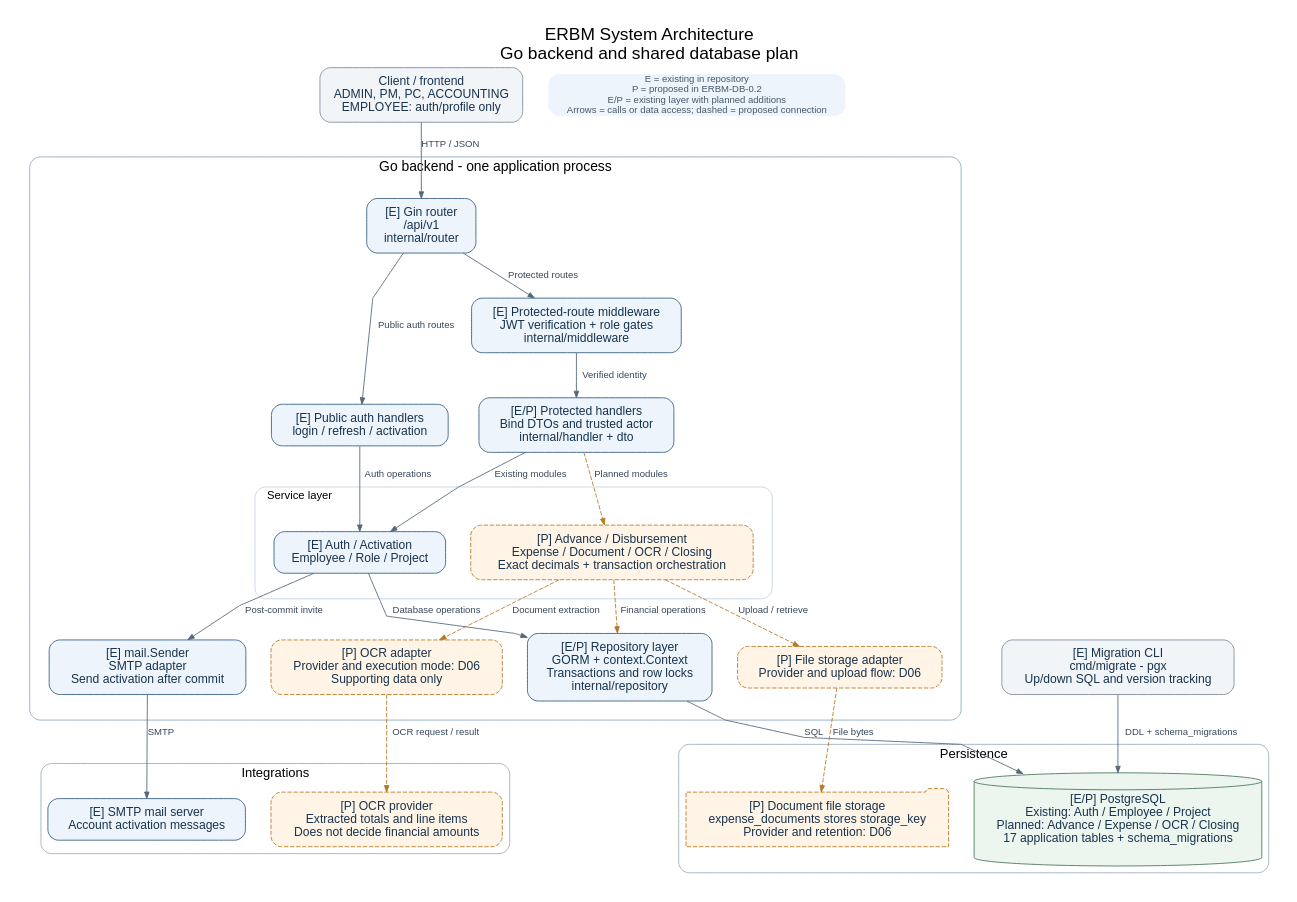
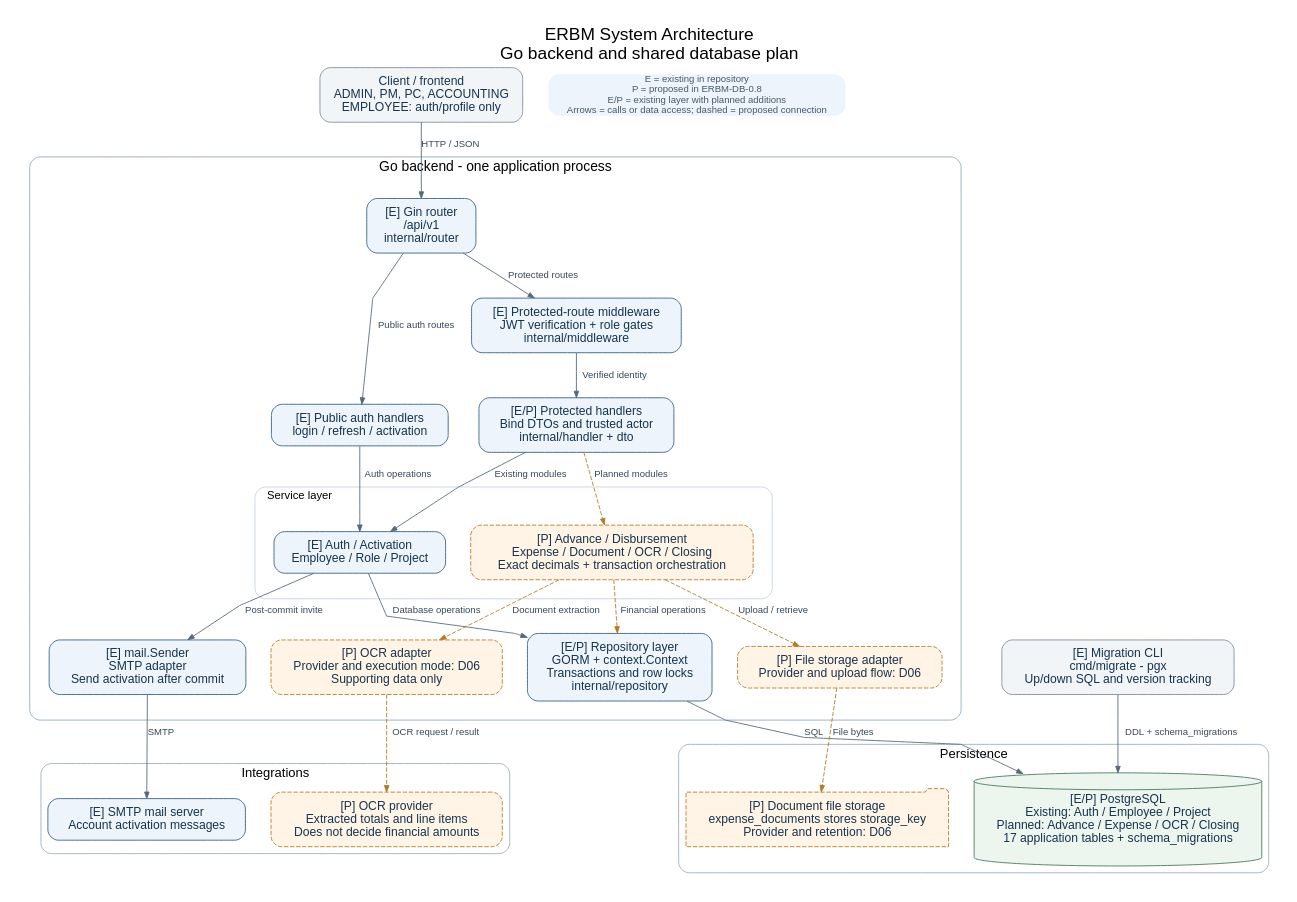
The diagram in docs/migration-plans/diagrams/erbm-system-architecture.dot (ERBM-Capstone/ERBM-backend), drawn with Graphviz before and after one commit. The commit also changed 22 other files, not shown here.

```diff
--- a/docs/migration-plans/diagrams/erbm-system-architecture.dot
+++ b/docs/migration-plans/diagrams/erbm-system-architecture.dot
@@ -1,96 +1,96 @@
 digraph erbmArchitecture {
   graph [
     rankdir=TB,
     bgcolor="#ffffff",
     pad="0.25",
     nodesep="0.40",
     ranksep="0.55",
     splines=polyline,
     fontname="Helvetica",
     fontsize=20,
     labelloc=t,
     label="ERBM System Architecture\nGo backend and shared database plan"
   ];
   node [shape=box, style="rounded,filled", fontname="Helvetica", fontsize=14,
     color="#355d86", fillcolor="#edf4fb", fontcolor="#17334d", margin="0.18,0.12"];
   edge [fontname="Helvetica", fontsize=11, color="#54677b", fontcolor="#37485a", arrowsize=0.75];
 
   webClient [label="Client / frontend\nADMIN, PM, PC, ACCOUNTING\nEMPLOYEE: auth/profile only", fillcolor="#f2f5f8", color="#7e8b99"];
 
   subgraph clusterBackend {
     label="Go backend - one application process";
     labelloc=t;
     fontsize=16;
     color="#8da7c0";
     style=rounded;
     margin=22;
 
     router [label="[E] Gin router\n/api/v1\ninternal/router"];
     publicAuth [label="[E] Public auth handlers\nlogin / refresh / activation"];
     authMiddleware [label="[E] Protected-route middleware\nJWT verification + role gates\ninternal/middleware"];
     protectedHandlers [label="[E/P] Protected handlers\nBind DTOs and trusted actor\ninternal/handler + dto"];
 
     subgraph clusterServices {
       label="Service layer";
       labeljust=l;
       fontsize=13;
       color="#c4d2df";
       style=rounded;
       existingServices [label="[E] Auth / Activation\nEmployee / Role / Project"];
       financialServices [label="[P] Advance / Disbursement\nExpense / Document / OCR / Closing\nExact decimals + transaction orchestration",
         fillcolor="#fff4e5", color="#b77923", style="rounded,filled,dashed"];
     }
 
     repositories [label="[E/P] Repository layer\nGORM + context.Context\nTransactions and row locks\ninternal/repository"];
     mailAdapter [label="[E] mail.Sender\nSMTP adapter\nSend activation after commit"];
     documentAdapter [label="[P] File storage adapter\nProvider and upload flow: D06",
       fillcolor="#fff4e5", color="#b77923", style="rounded,filled,dashed"];
     ocrAdapter [label="[P] OCR adapter\nProvider and execution mode: D06\nSupporting data only",
       fillcolor="#fff4e5", color="#b77923", style="rounded,filled,dashed"];
   }
 
   subgraph clusterData {
     label="Persistence";
     fontsize=15;
     color="#9cacbd";
     style=rounded;
     postgres [shape=cylinder, label="[E/P] PostgreSQL\nExisting: Auth / Employee / Project\nPlanned: Advance / Expense / OCR / Closing\n17 application tables + schema_migrations",
       fillcolor="#edf5ef", color="#477756"];
     files [shape=folder, label="[P] Document file storage\nexpense_documents stores storage_key\nProvider and retention: D06",
       fillcolor="#fff4e5", color="#b77923", style="filled,dashed"];
   }
 
   subgraph clusterExternal {
     label="Integrations";
     fontsize=15;
     color="#9cacbd";
     style=rounded;
     smtp [label="[E] SMTP mail server\nAccount activation messages"];
     ocrProvider [label="[P] OCR provider\nExtracted totals and line items\nDoes not decide financial amounts",
       fillcolor="#fff4e5", color="#b77923", style="rounded,filled,dashed"];
   }
 
   migrateRunner [label="[E] Migration CLI\ncmd/migrate - pgx\nUp/down SQL and version tracking", fillcolor="#f2f5f8", color="#7e8b99"];
-  legend [shape=plain, label="E = existing in repository\nP = proposed in ERBM-DB-0.2\nE/P = existing layer with planned additions\nArrows = calls or data access; dashed = proposed connection",
+  legend [shape=plain, label="E = existing in repository\nP = proposed in ERBM-DB-0.8\nE/P = existing layer with planned additions\nArrows = calls or data access; dashed = proposed connection",
     fontcolor="#46586b", fontsize=11];
 
   webClient -> router [label="HTTP / JSON"];
   router -> publicAuth [label="Public auth routes"];
   router -> authMiddleware [label="Protected routes"];
   authMiddleware -> protectedHandlers [label="Verified identity"];
   publicAuth -> existingServices [label="Auth operations"];
   protectedHandlers -> existingServices [label="Existing modules"];
   protectedHandlers -> financialServices [label="Planned modules", style=dashed, color="#b77923"];
   existingServices -> repositories [label="Database operations"];
   financialServices -> repositories [label="Financial operations", style=dashed, color="#b77923"];
   repositories -> postgres [label="SQL"];
   existingServices -> mailAdapter [label="Post-commit invite"];
   mailAdapter -> smtp [label="SMTP"];
   financialServices -> documentAdapter [label="Upload / retrieve", style=dashed, color="#b77923"];
   documentAdapter -> files [label="File bytes", style=dashed, color="#b77923"];
   financialServices -> ocrAdapter [label="Document extraction", style=dashed, color="#b77923"];
   ocrAdapter -> ocrProvider [label="OCR request / result", style=dashed, color="#b77923"];
   migrateRunner -> postgres [label="DDL + schema_migrations"];
 
   { rank=same; webClient; legend; }
 }
```
